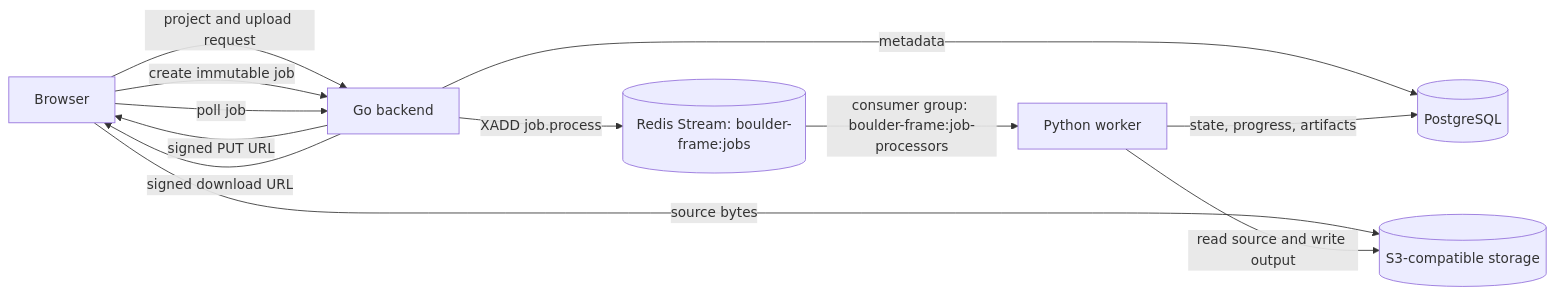
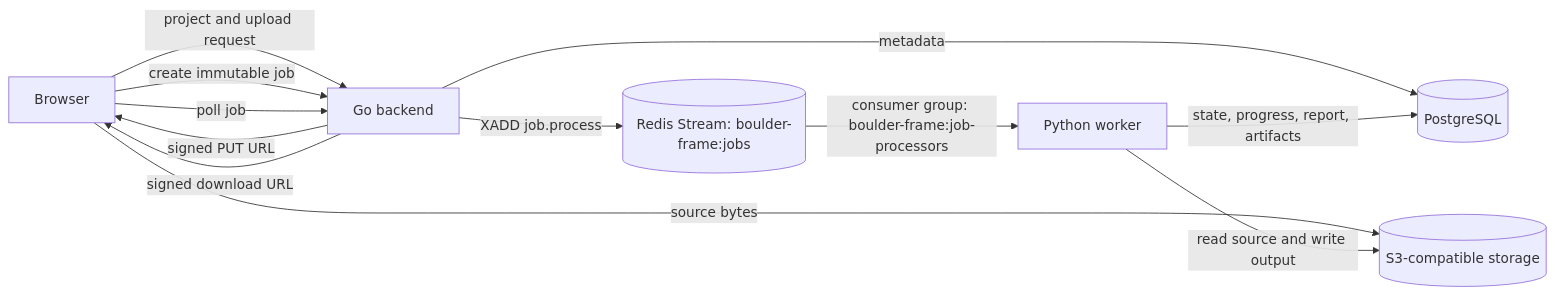
One commit to o0O96O0o/boulder-frame changed the diagram in docs/specs/README.md. Above: the diagram before and after it, drawn with Mermaid. The commit also changed other lines of this file and 3 other files, not shown here.

````diff
--- a/docs/specs/README.md
+++ b/docs/specs/README.md
@@ -24,14 +24,14 @@
 ```mermaid
 flowchart LR
     B[Browser] -->|project and upload request| API[Go backend]
     API -->|metadata| PG[(PostgreSQL)]
     API -->|signed PUT URL| B
     B -->|source bytes| S3[(S3-compatible storage)]
     B -->|create immutable job| API
     API -->|XADD job.process| R[(Redis Stream: boulder-frame:jobs)]
     R -->|consumer group: boulder-frame:job-processors| W[Python worker]
     W -->|read source and write output| S3
-    W -->|state, progress, artifacts| PG
+    W -->|state, progress, report, artifacts| PG
     B -->|poll job| API
     API -->|signed download URL| B
 ```
````
